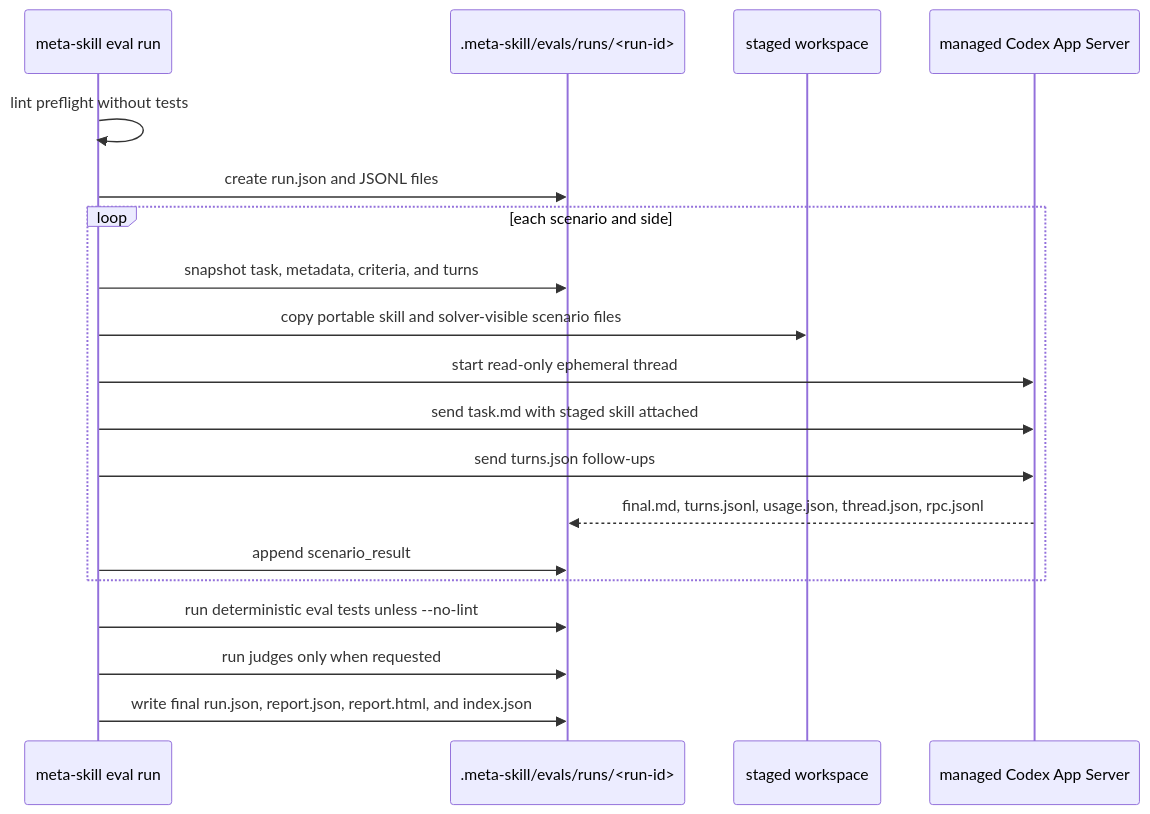
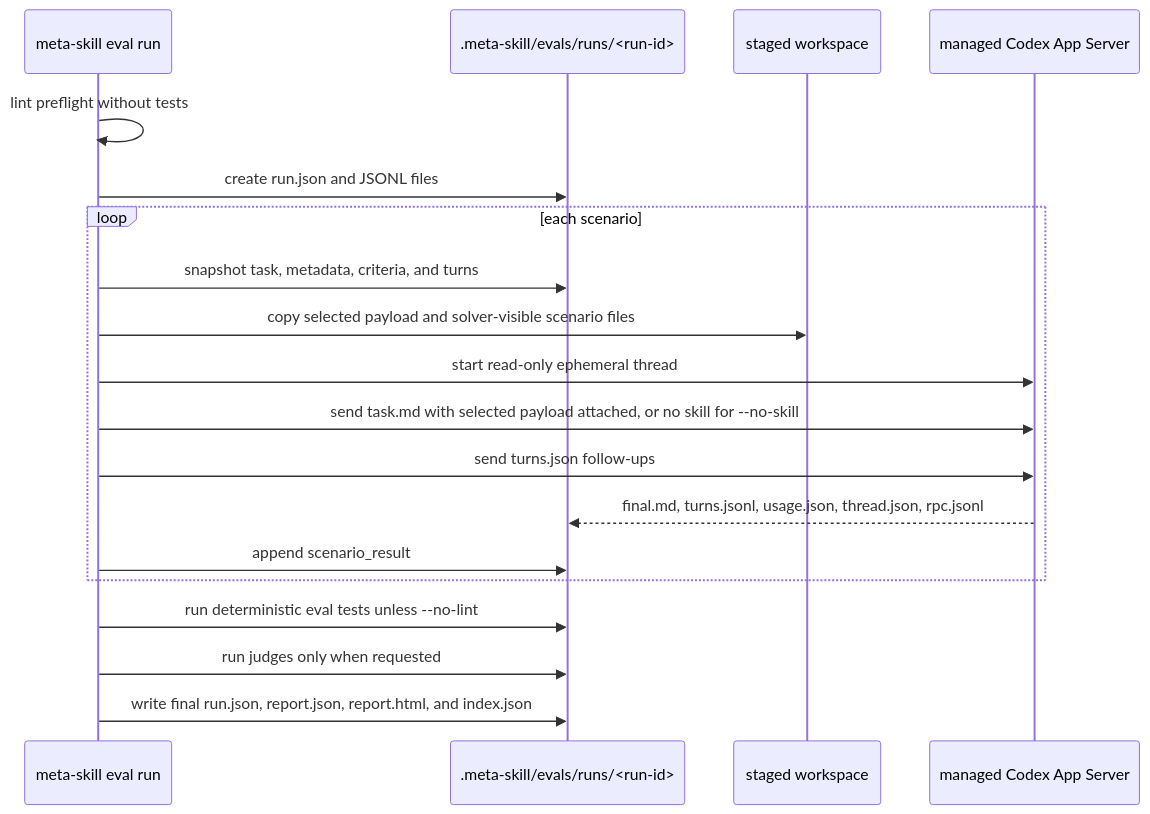
One commit to rishirsv/dots changed the fifth of 6 diagrams in plugins/meta-skill/architecture.md. Above: the diagram before and after it, drawn with Mermaid. The commit also changed other lines of this file and 29 other files, not shown here.

Commit message:
remove eval side labels from meta skill (#20)

````diff
--- a/plugins/meta-skill/architecture.md
+++ b/plugins/meta-skill/architecture.md
@@ -135,22 +135,22 @@
 ```mermaid
 sequenceDiagram
   participant CLI as meta-skill eval run
   participant Run as .meta-skill/evals/runs/<run-id>
   participant Stage as staged workspace
   participant App as managed Codex App Server
 
   CLI->>CLI: lint preflight without tests
   CLI->>Run: create run.json and JSONL files
-  loop each scenario and side
+  loop each scenario
     CLI->>Run: snapshot task, metadata, criteria, and turns
-    CLI->>Stage: copy portable skill and solver-visible scenario files
+    CLI->>Stage: copy selected payload and solver-visible scenario files
     CLI->>App: start read-only ephemeral thread
-    CLI->>App: send task.md with staged skill attached
+    CLI->>App: send task.md with selected payload attached, or no skill for --no-skill
     CLI->>App: send turns.json follow-ups
     App-->>Run: final.md, turns.jsonl, usage.json, thread.json, rpc.jsonl
     CLI->>Run: append scenario_result
   end
   CLI->>Run: run deterministic eval tests unless --no-lint
   CLI->>Run: run judges only when requested
   CLI->>Run: write final run.json, report.json, report.html, and index.json
 ```
````
